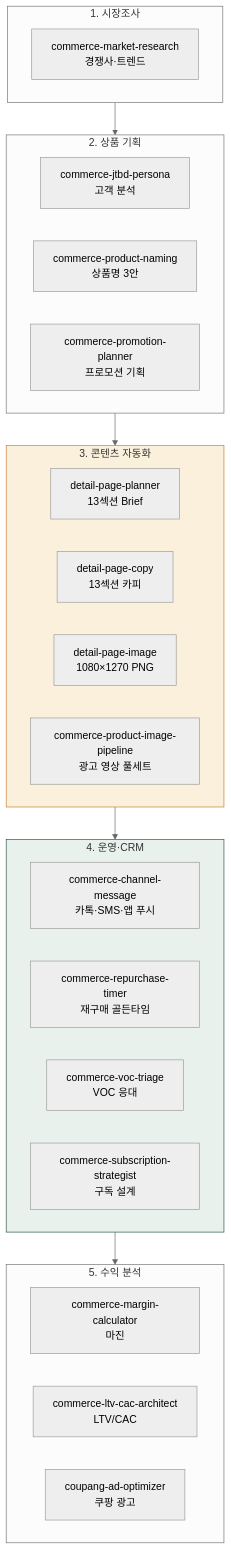
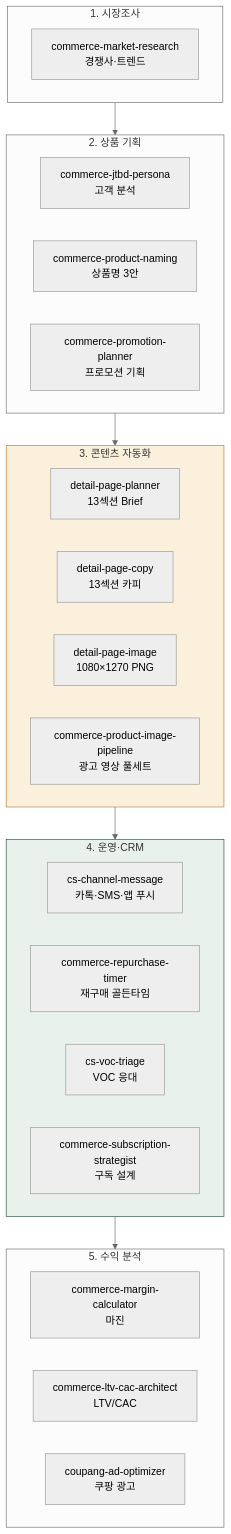
Before and after one commit to modu-ai/cowork-plugins: the first of 2 diagrams in www/content/cookbook/tracks/track-commerce.md, drawn with Mermaid (neutral theme). The commit also changed other lines of this file and 278 other files, not shown here.

````diff
--- a/www/content/cookbook/tracks/track-commerce.md
+++ b/www/content/cookbook/tracks/track-commerce.md
@@ -14,31 +14,31 @@
 ```mermaid
 flowchart TB
    subgraph 시작["1. 시장조사"]
        M1["commerce-market-research<br/>경쟁사·트렌드"]
    end
    subgraph 상품["2. 상품 기획"]
        P1["commerce-jtbd-persona<br/>고객 분석"]
        P2["commerce-product-naming<br/>상품명 3안"]
        P3["commerce-promotion-planner<br/>프로모션 기획"]
    end
    subgraph 콘텐츠["3. 콘텐츠 자동화"]
        C1["detail-page-planner<br/>13섹션 Brief"]
        C2["detail-page-copy<br/>13섹션 카피"]
        C3["detail-page-image<br/>1080×1270 PNG"]
        C4["commerce-product-image-pipeline<br/>광고 영상 풀세트"]
    end
    subgraph 운영["4. 운영·CRM"]
-       O1["commerce-channel-message<br/>카톡·SMS·앱 푸시"]
+       O1["cs-channel-message<br/>카톡·SMS·앱 푸시"]
        O2["commerce-repurchase-timer<br/>재구매 골든타임"]
-       O3["commerce-voc-triage<br/>VOC 응대"]
+       O3["cs-voc-triage<br/>VOC 응대"]
        O4["commerce-subscription-strategist<br/>구독 설계"]
    end
    subgraph 분석["5. 수익 분석"]
        A1["commerce-margin-calculator<br/>마진"]
        A2["commerce-ltv-cac-architect<br/>LTV/CAC"]
        A3["coupang-ad-optimizer<br/>쿠팡 광고"]
    end
    시작 --> 상품 --> 콘텐츠 --> 운영 --> 분석
    style 콘텐츠 fill:#fbf0dc,stroke:#c47b2a
    style 운영 fill:#e8f1ec,stroke:#265240
 ```
````
